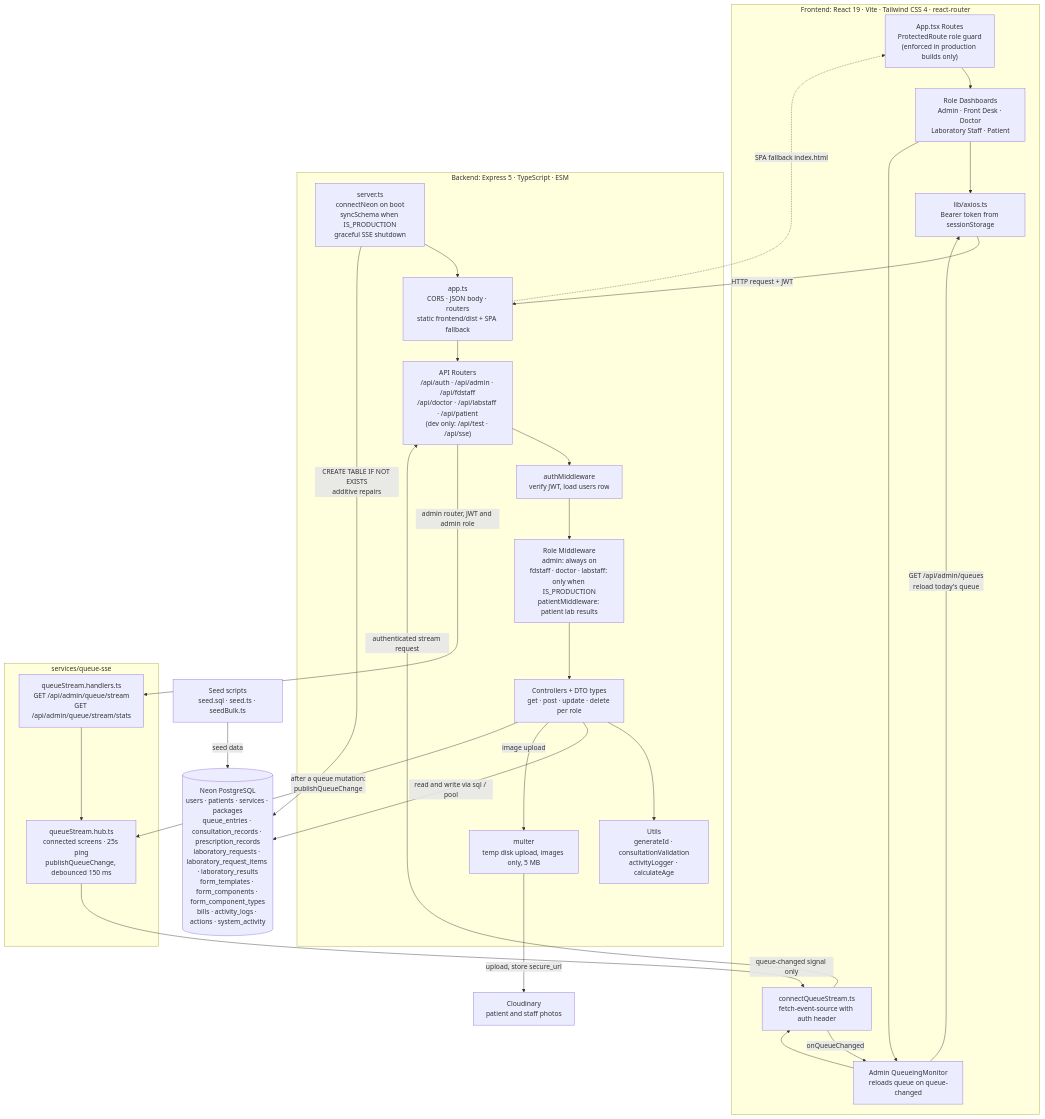
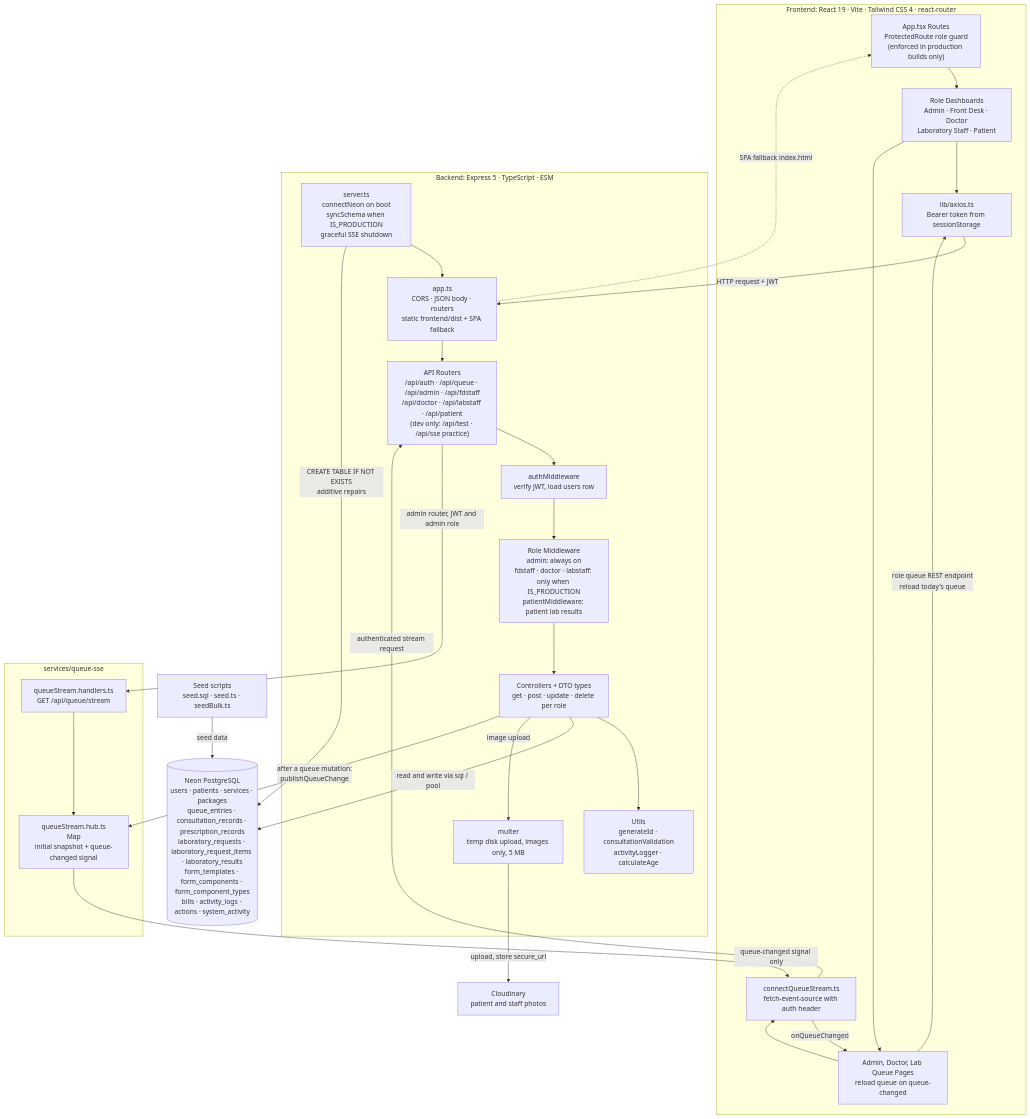
The diagram in README.md (phamphamHUH/Capstone1_TechCare), drawn with Mermaid before and after one commit. The commit also changed 5 other files, not shown here.

````diff
--- a/README.md
+++ b/README.md
@@ -20,68 +20,68 @@
 ```mermaid
 flowchart TD
     %% ---------------- Frontend ----------------
     subgraph FE["Frontend: React 19 · Vite · Tailwind CSS 4 · react-router"]
         A["App.tsx Routes<br/>ProtectedRoute role guard<br/>(enforced in production builds only)"]
         B["Role Dashboards<br/>Admin · Front Desk · Doctor<br/>Laboratory Staff · Patient"]
         C["lib/axios.ts<br/>Bearer token from sessionStorage"]
-        D["Admin QueueingMonitor<br/>reloads queue on queue-changed"]
+        D["Admin, Doctor, Lab Queue Pages<br/>reload queue on queue-changed"]
         E["connectQueueStream.ts<br/>fetch-event-source with auth header"]
     end
 
     %% ---------------- Backend ----------------
     subgraph BE["Backend: Express 5 · TypeScript · ESM"]
         F["server.ts<br/>connectNeon on boot<br/>syncSchema when IS_PRODUCTION<br/>graceful SSE shutdown"]
         G["app.ts<br/>CORS · JSON body · routers<br/>static frontend/dist + SPA fallback"]
-        H["API Routers<br/>/api/auth · /api/admin · /api/fdstaff<br/>/api/doctor · /api/labstaff · /api/patient<br/>(dev only: /api/test · /api/sse)"]
+        H["API Routers<br/>/api/auth · /api/queue · /api/admin · /api/fdstaff<br/>/api/doctor · /api/labstaff · /api/patient<br/>(dev only: /api/test · /api/sse practice)"]
         I["authMiddleware<br/>verify JWT, load users row"]
         J["Role Middleware<br/>admin: always on<br/>fdstaff · doctor · labstaff: only when IS_PRODUCTION<br/>patientMiddleware: patient lab results"]
         K["Controllers + DTO types<br/>get · post · update · delete per role"]
         L["Utils<br/>generateId · consultationValidation<br/>activityLogger · calculateAge"]
         M["multer<br/>temp disk upload, images only, 5 MB"]
     end
 
     %% ---------------- Queue SSE ----------------
     subgraph SSE["services/queue-sse"]
-        N["queueStream.handlers.ts<br/>GET /api/admin/queue/stream<br/>GET /api/admin/queue/stream/stats"]
-        O["queueStream.hub.ts<br/>connected screens · 25s ping<br/>publishQueueChange, debounced 150 ms"]
+        N["queueStream.handlers.ts<br/>GET /api/queue/stream"]
+        O["queueStream.hub.ts<br/>Map<Response, User><br/>initial snapshot + queue-changed signal"]
     end
 
     %% ---------------- Data and services ----------------
     P[("Neon PostgreSQL<br/>users · patients · services · packages<br/>queue_entries · consultation_records · prescription_records<br/>laboratory_requests · laboratory_request_items · laboratory_results<br/>form_templates · form_components · form_component_types<br/>bills · activity_logs · actions · system_activity")]
     Q["Cloudinary<br/>patient and staff photos"]
     R["Seed scripts<br/>seed.sql · seed.ts · seedBulk.ts"]
 
     %% ---------------- Normal API flow ----------------
     A --> B
     B --> C
     C -->|"HTTP request + JWT"| G
     G --> H
     H --> I
     I --> J
     J --> K
     K --> L
     K -->|"read and write via sql / pool"| P
     K -->|"image upload"| M
     M -->|"upload, store secure_url"| Q
 
     %% ---------------- Startup ----------------
     F --> G
     F -->|"CREATE TABLE IF NOT EXISTS<br/>additive repairs"| P
     R -->|"seed data"| P
 
     %% ---------------- SSE connection flow ----------------
     B --> D
     D --> E
     E -->|"authenticated stream request"| H
     H -->|"admin router, JWT and admin role"| N
     N --> O
 
     %% ---------------- Live queue update flow ----------------
     K -->|"after a queue mutation:<br/>publishQueueChange"| O
     O -->|"queue-changed signal only"| E
     E -->|"onQueueChanged"| D
-    D -->|"GET /api/admin/queues<br/>reload today's queue"| C
+    D -->|"role queue REST endpoint<br/>reload today's queue"| C
 
     %% ---------------- Frontend hosting ----------------
     G -.->|"SPA fallback index.html"| A
 ```
````
